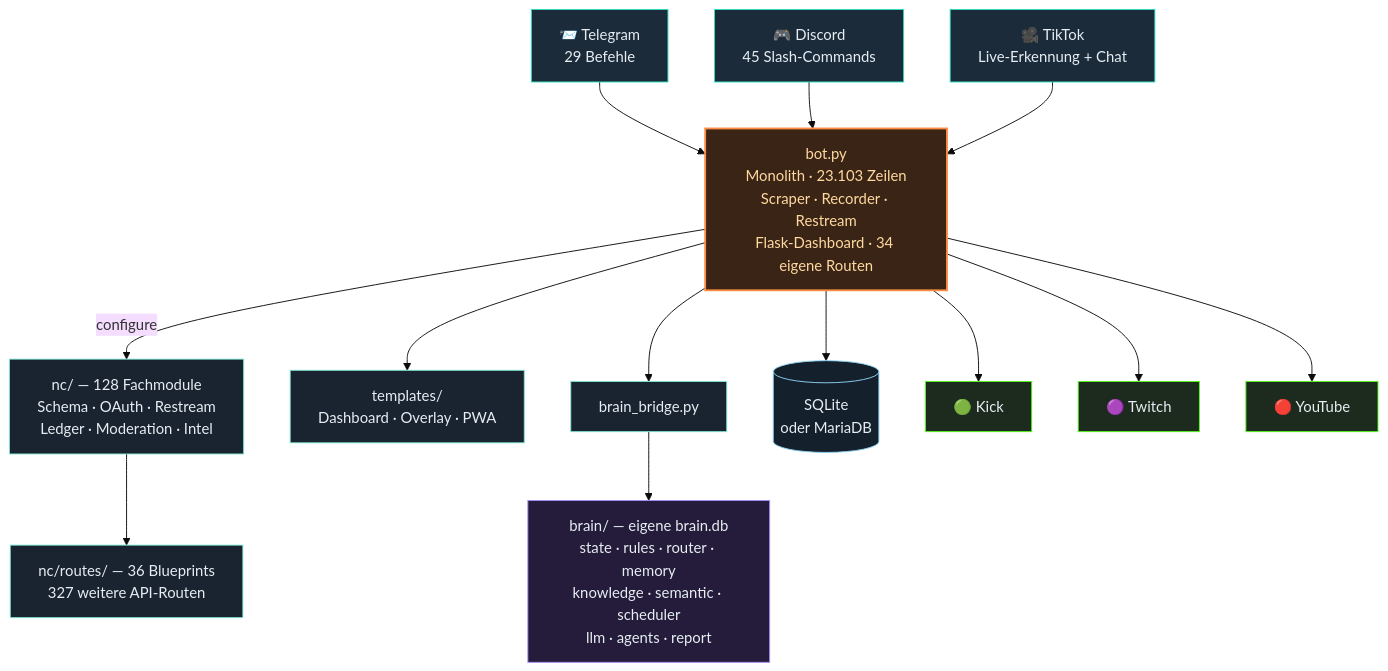
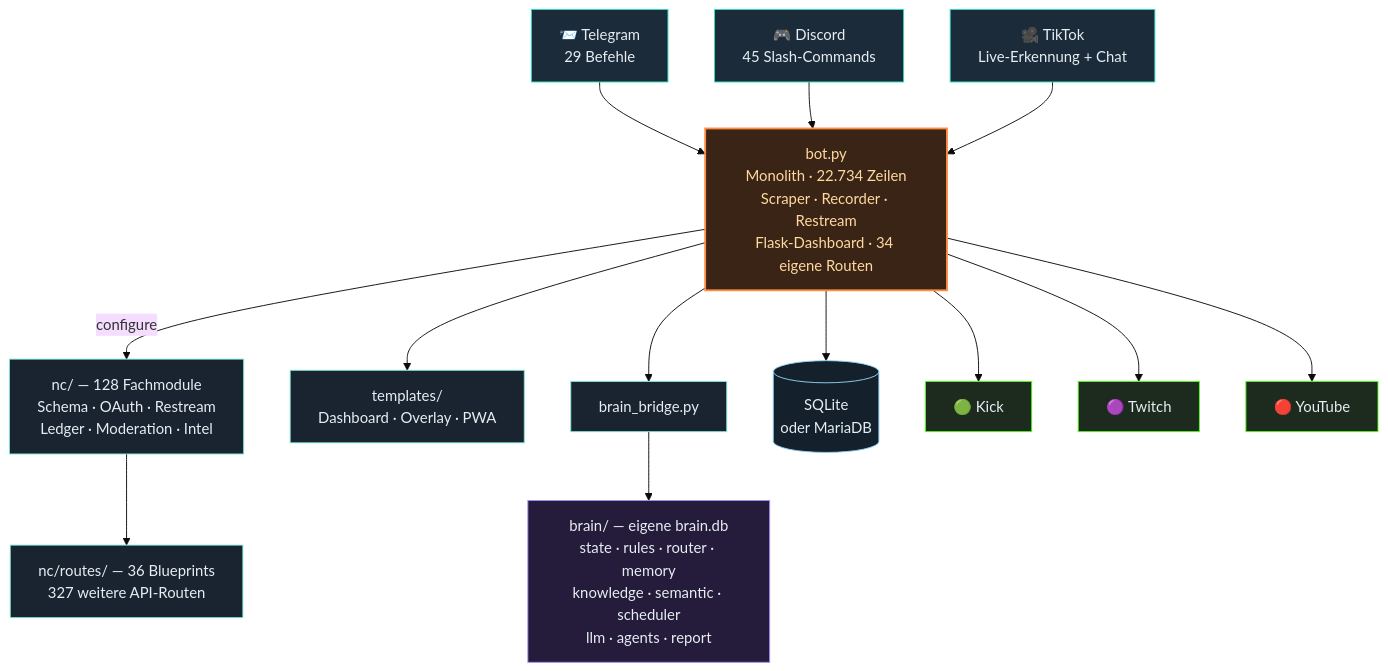
Before and after one commit to itsamemedev/Telegram-Stream-Info-Bot: the third of 4 diagrams in README.md, drawn with Mermaid (base theme). The commit also changed other lines of this file and 11 other files, not shown here.

````diff
--- a/README.md
+++ b/README.md
@@ -189,30 +189,30 @@
 ```mermaid
 flowchart TB
     TG["📨 Telegram<br/>29 Befehle"]:::ein
     DC["🎮 Discord<br/>45 Slash-Commands"]:::ein
     TT["🎥 TikTok<br/>Live-Erkennung + Chat"]:::ein
 
     TG --> BOT
     DC --> BOT
     TT --> BOT
 
-    BOT["bot.py<br/>Monolith · 23.103 Zeilen<br/>Scraper · Recorder · Restream<br/>Flask-Dashboard · 34 eigene Routen"]:::core
+    BOT["bot.py<br/>Monolith · 22.734 Zeilen<br/>Scraper · Recorder · Restream<br/>Flask-Dashboard · 34 eigene Routen"]:::core
 
     BOT -->|configure| NC["nc/ — 128 Fachmodule<br/>Schema · OAuth · Restream<br/>Ledger · Moderation · Intel"]:::lib
     NC --> RT["nc/routes/ — 36 Blueprints<br/>327 weitere API-Routen"]:::lib
     BOT --> TPL["templates/<br/>Dashboard · Overlay · PWA"]:::lib
     BOT --> BR["brain_bridge.py"]:::lib
     BR --> BRAIN["brain/ — eigene brain.db<br/>state · rules · router · memory<br/>knowledge · semantic · scheduler<br/>llm · agents · report"]:::brain
     BOT --> DB[("SQLite<br/>oder MariaDB")]:::db
 
     BOT --> KICK["🟢 Kick"]:::out
     BOT --> TW["🟣 Twitch"]:::out
     BOT --> YT["🔴 YouTube"]:::out
 
     classDef ein fill:#1c2b3a,stroke:#2de1c2,color:#e6edf3
     classDef core fill:#3a2415,stroke:#ff8c42,stroke-width:2px,color:#ffd9a0
     classDef lib fill:#1a2430,stroke:#7fe7d4,color:#e6edf3
     classDef brain fill:#241c3a,stroke:#a78bfa,color:#e6edf3
     classDef db fill:#14202c,stroke:#8fd3f4,color:#e6edf3
     classDef out fill:#1c2b1e,stroke:#53fc18,color:#e6edf3
 ```
````
